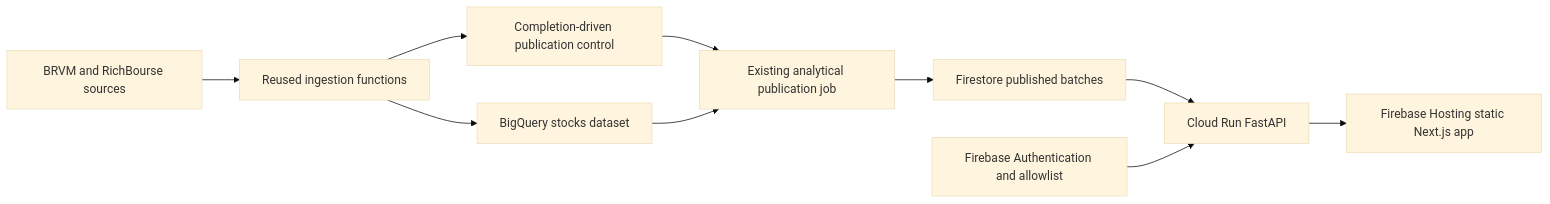
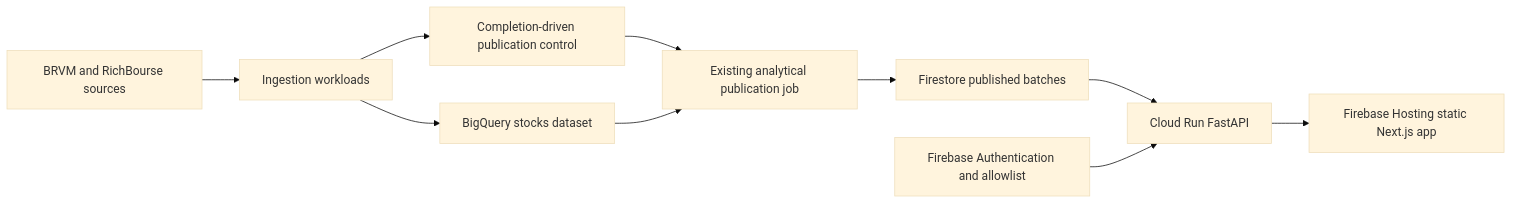
One commit to issacamara/tradvisor changed the first of 3 diagrams in tradvisor_architecture.md. Above: the diagram before and after it, drawn with Mermaid (base theme). The commit also changed other lines of this file and 1 other file, not shown here.

Commit message:
docs: add FI-1 financial ingestion architecture handoff

````diff
--- a/tradvisor_architecture.md
+++ b/tradvisor_architecture.md
@@ -21,12 +26,12 @@
 ```mermaid
 flowchart LR
-  Sources[BRVM and RichBourse sources] --> Ingestion[Reused ingestion functions]
+  Sources[BRVM and RichBourse sources] --> Ingestion[Ingestion workloads]
   Ingestion --> BQ[BigQuery stocks dataset]
   Ingestion --> Trigger[Completion-driven publication control]
   Trigger --> Analysis[Existing analytical publication job]
   BQ --> Analysis
   Analysis --> Serving[Firestore published batches]
   Serving --> API[Cloud Run FastAPI]
   API --> Web[Firebase Hosting static Next.js app]
   Auth[Firebase Authentication and allowlist] --> API
 ```
````
